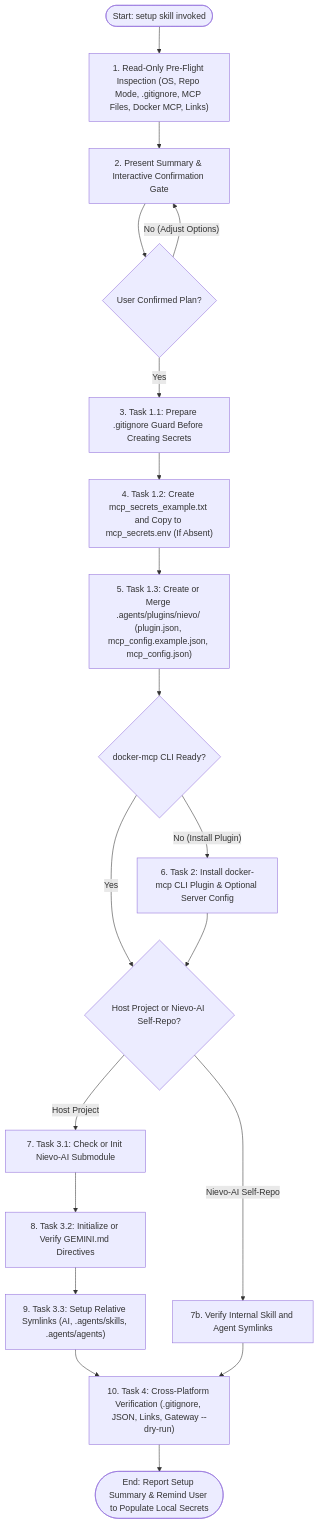
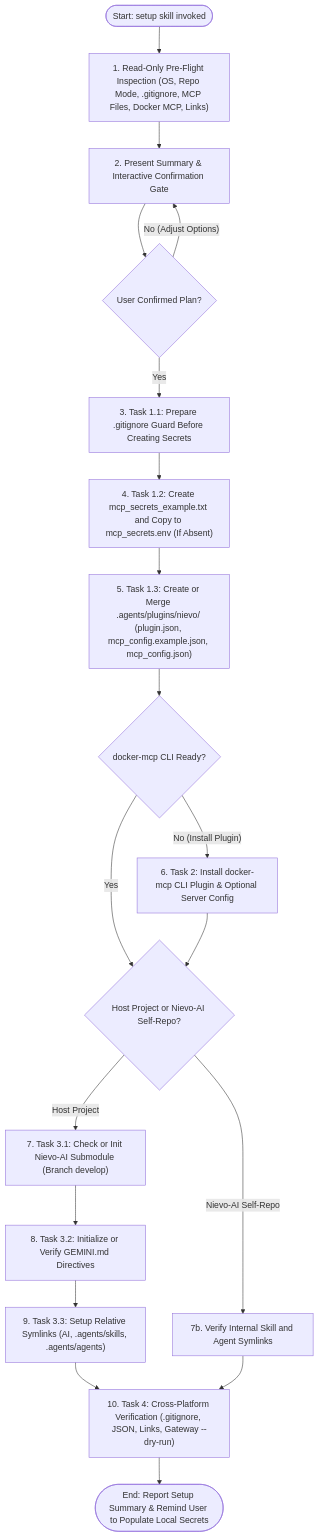
The diagram in AI/GEMINI/skills/setup/setup.md (pedrovtof/Nievo-AI), drawn with Mermaid before and after one commit. The commit also changed other lines of this file and 2 other files, not shown here.

First line of the commit message:
chore(setup): enforce develop branch tracking for Nievo-AI submodule (#14)

````diff
--- a/AI/GEMINI/skills/setup/setup.md
+++ b/AI/GEMINI/skills/setup/setup.md
@@ -45,26 +46,26 @@
 ```mermaid
 flowchart TD
     start(["Start: setup skill invoked"]) --> preflight["1. Read-Only Pre-Flight Inspection (OS, Repo Mode, .gitignore, MCP Files, Docker MCP, Links)"]
     preflight --> gate["2. Present Summary & Interactive Confirmation Gate"]
     gate --> approved{"User Confirmed Plan?"}
     approved -- "No (Adjust Options)" --> gate
     approved -- "Yes" --> gitignore_guard["3. Task 1.1: Prepare .gitignore Guard Before Creating Secrets"]
 
     gitignore_guard --> secrets_mold["4. Task 1.2: Create mcp_secrets_example.txt and Copy to mcp_secrets.env (If Absent)"]
     secrets_mold --> plugin_mcp["5. Task 1.3: Create or Merge .agents/plugins/nievo/ (plugin.json, mcp_config.example.json, mcp_config.json)"]
     plugin_mcp --> docker_mcp_check{"docker-mcp CLI Ready?"}
 
     docker_mcp_check -- "No (Install Plugin)" --> docker_mcp_setup["6. Task 2: Install docker-mcp CLI Plugin & Optional Server Config"]
     docker_mcp_check -- "Yes" --> repo_mode{"Host Project or Nievo-AI Self-Repo?"}
     docker_mcp_setup --> repo_mode
 
-    repo_mode -- "Host Project" --> submodule["7. Task 3.1: Check or Init Nievo-AI Submodule"]
+    repo_mode -- "Host Project" --> submodule["7. Task 3.1: Check or Init Nievo-AI Submodule (Branch develop)"]
     submodule --> gemini_md["8. Task 3.2: Initialize or Verify GEMINI.md Directives"]
     gemini_md --> symlinks["9. Task 3.3: Setup Relative Symlinks (AI, .agents/skills, .agents/agents)"]
     symlinks --> verify
 
     repo_mode -- "Nievo-AI Self-Repo" --> verify_internal["7b. Verify Internal Skill and Agent Symlinks"]
     verify_internal --> verify
 
     verify["10. Task 4: Cross-Platform Verification (.gitignore, JSON, Links, Gateway --dry-run)"] --> finish(["End: Report Setup Summary & Remind User to Populate Local Secrets"])
 ```
````
